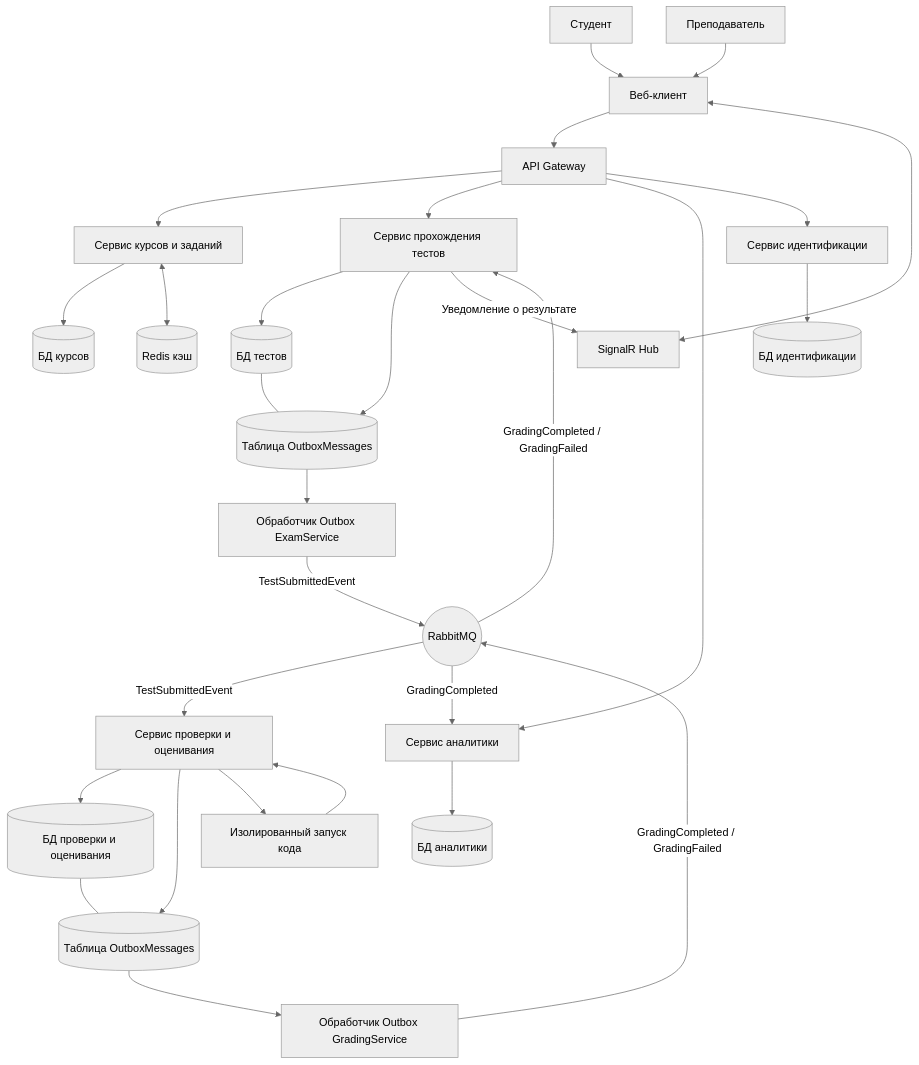
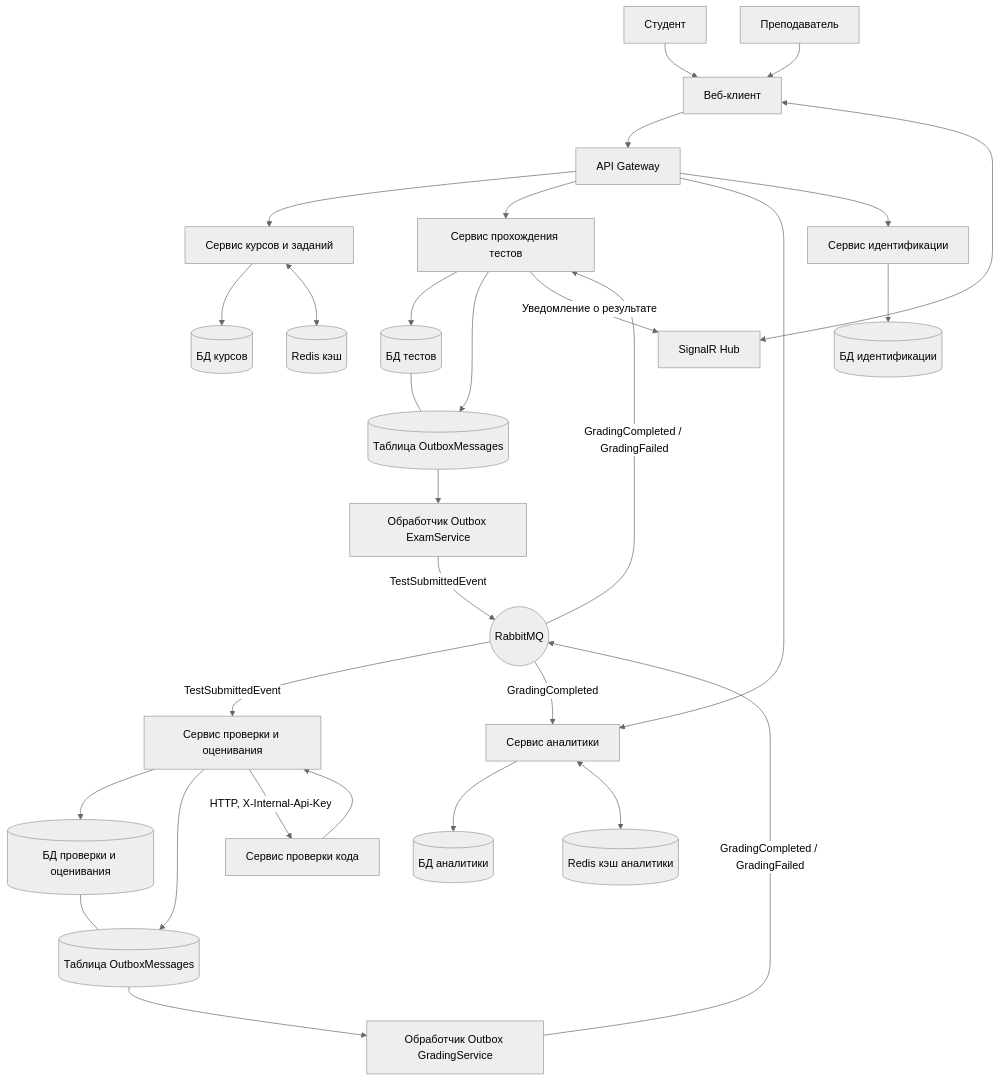
The first of 2 diagrams in docs/ARCHITECTURE.md (especiallynight/OnlineTestingAndAssignmentGrading), drawn with Mermaid (neutral theme) before and after one commit. The commit also changed other lines of this file and 3 other files, not shown here.

Commit message:
docs: align README, plan and architecture with requirements

````diff
--- a/docs/ARCHITECTURE.md
+++ b/docs/ARCHITECTURE.md
@@ -62,65 +62,68 @@
 ```mermaid
 flowchart TD
     Student[Студент]
     Teacher[Преподаватель]
 
     Client[Веб-клиент]
     Gateway[API Gateway]
     SignalR[SignalR Hub]
 
     Student --> Client
     Teacher --> Client
     Client --> Gateway
     Client <--> SignalR
 
     CourseSvc[Сервис курсов и заданий]
     ExamSvc[Сервис прохождения тестов]
     GradeSvc[Сервис проверки и оценивания]
     AnalSvc[Сервис аналитики]
     IdentitySvc[Сервис идентификации]
 
     Gateway --> CourseSvc
     Gateway --> ExamSvc
     Gateway --> AnalSvc
     Gateway --> IdentitySvc
 
     DBCourse[(БД курсов)]
     DBExam[(БД тестов)]
     DBGrade[(БД проверки и оценивания)]
     DBAnal[(БД аналитики)]
     DBIdentity[(БД идентификации)]
 
     CourseSvc --> DBCourse
     ExamSvc --> DBExam
     GradeSvc --> DBGrade
     AnalSvc --> DBAnal
     IdentitySvc --> DBIdentity
 
     OutboxExam[(Таблица OutboxMessages)]
     DBExam --- OutboxExam
 
     OutboxGrade[(Таблица OutboxMessages)]
     DBGrade --- OutboxGrade
 
     ExamSvc --> OutboxExam
     OutboxExam --> WorkerExam[Обработчик Outbox ExamService]
     WorkerExam -->|TestSubmittedEvent| RMQ
 
     GradeSvc --> OutboxGrade
     OutboxGrade --> WorkerGrade[Обработчик Outbox GradingService]
     WorkerGrade -->|GradingCompleted / GradingFailed| RMQ
 
     RMQ((RabbitMQ))
     RMQ -->|TestSubmittedEvent| GradeSvc
     RMQ -->|GradingCompleted / GradingFailed| ExamSvc
     RMQ -->|GradingCompleted| AnalSvc
 
     Redis[(Redis кэш)]
     CourseSvc <--> Redis
 
-    Sandbox[Изолированный запуск кода]
-    GradeSvc --> Sandbox
-    Sandbox --> GradeSvc
+    RedisAnal[(Redis кэш аналитики)]
+    AnalSvc <--> RedisAnal
+
+    CodeExec[Сервис проверки кода]
+    GradeSvc -->|HTTP, X-Internal-Api-Key| CodeExec
+    CodeExec --> GradeSvc
 
     ExamSvc -->|Уведомление о результате| SignalR
 ```
````
